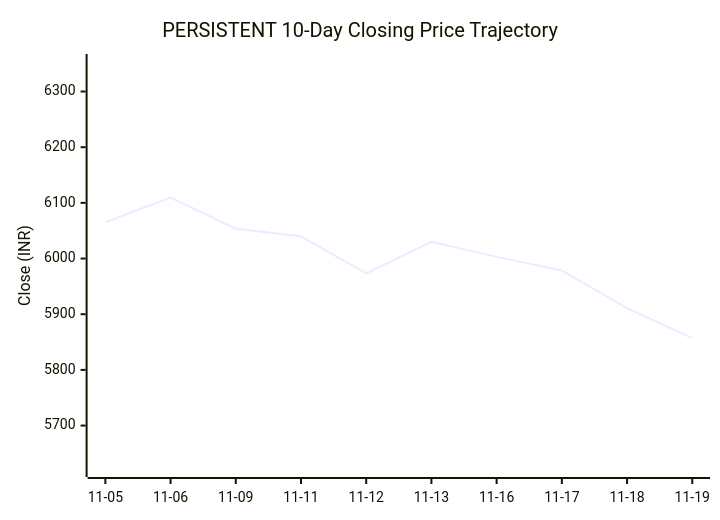
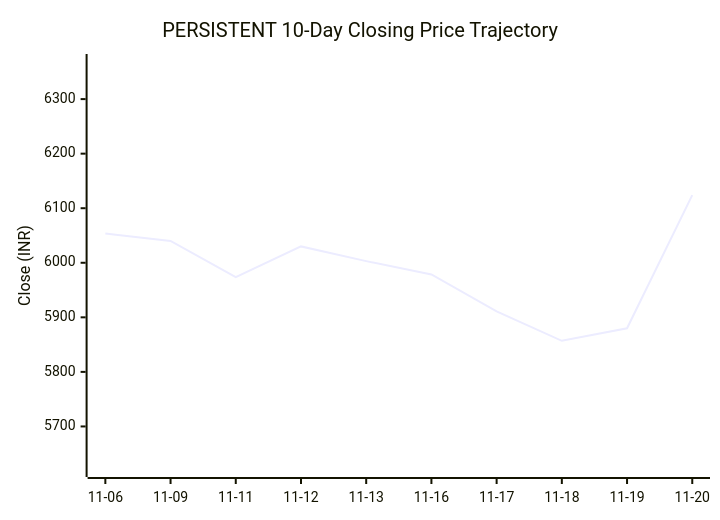
One commit to purnareddy9/dev changed the second of 3 diagrams in market-intelligence/stocks/PERSISTENT/latest.md. Above: the diagram before and after it, drawn with Mermaid. The commit also changed other lines of this file and 4 other files, not shown here.

````diff
--- a/market-intelligence/stocks/PERSISTENT/latest.md
+++ b/market-intelligence/stocks/PERSISTENT/latest.md
@@ -95,7 +95,7 @@
 ```mermaid
 xychart-beta
     title "PERSISTENT 10-Day Closing Price Trajectory"
-    x-axis ["11-05", "11-06", "11-09", "11-11", "11-12", "11-13", "11-16", "11-17", "11-18", "11-19"]
-    y-axis "Close (INR)" 5622 --> 6353
-    line [6065.0, 6109.5, 6053.5, 6040.0, 5973.5, 6030.0, 6003.0, 5978.5, 5911.0, 5857.0]
+    x-axis ["11-06", "11-09", "11-11", "11-12", "11-13", "11-16", "11-17", "11-18", "11-19", "11-20"]
+    y-axis "Close (INR)" 5622 --> 6368
+    line [6053.5, 6040.0, 5973.5, 6030.0, 6003.0, 5978.5, 5911.0, 5857.0, 5880.0, 6124.0]
 ```
````
